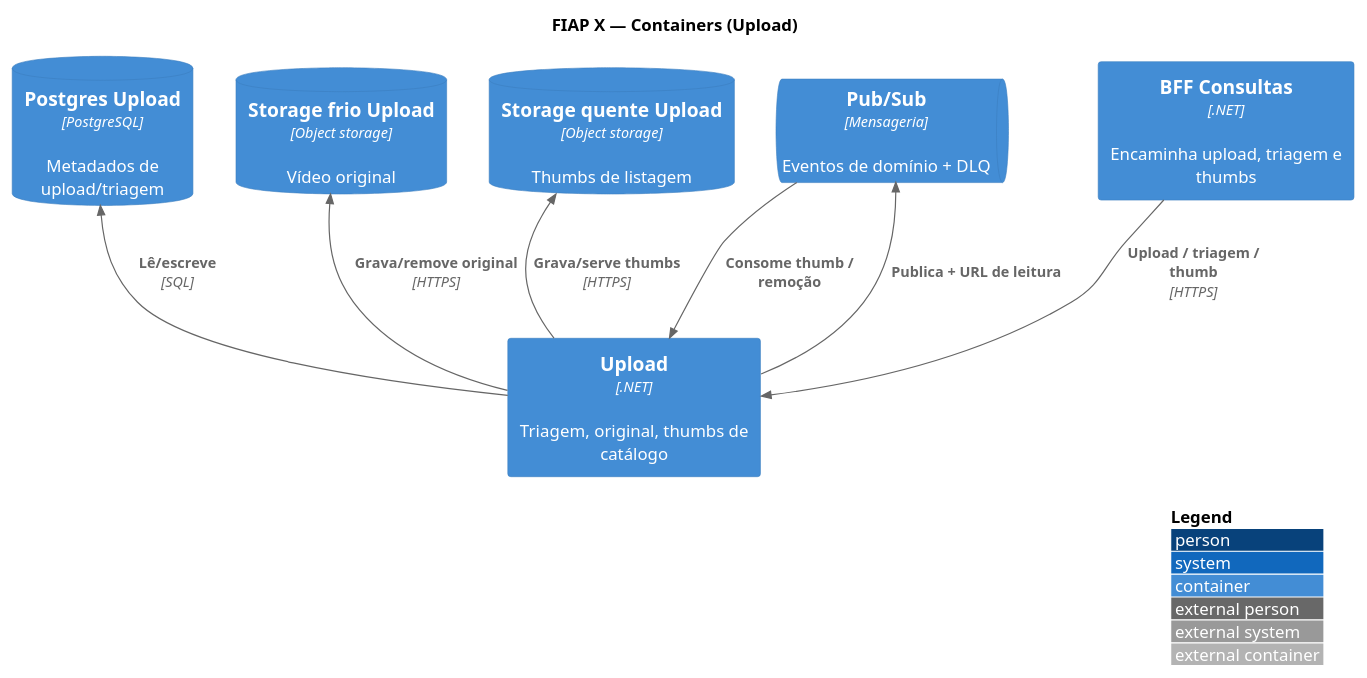
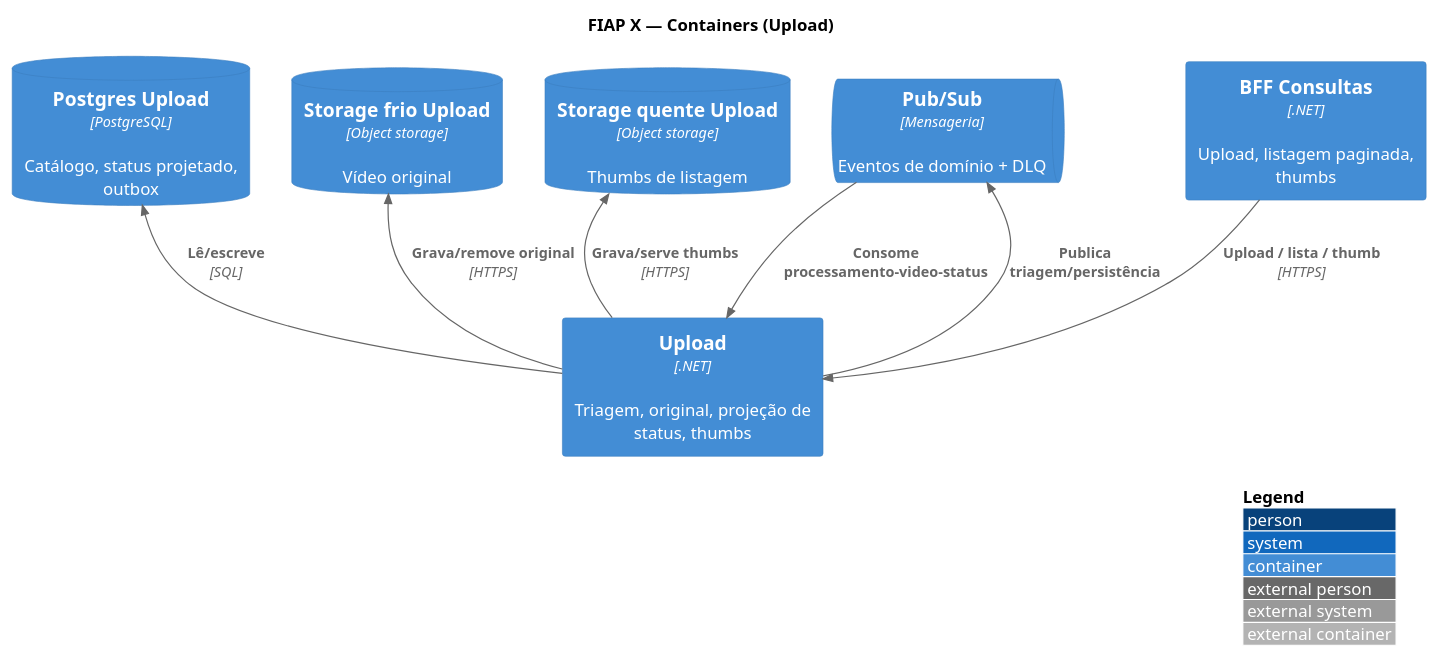
Before and after one commit to fiap-x-vcosta/docs: the diagram in arquitetura/03_containers-upload.puml, drawn with PlantUML. The commit also changed 26 other files, not shown here.

Commit message:
docs: status de processamento unificado; Upload como projeção da listagem

```diff
--- a/arquitetura/03_containers-upload.puml
+++ b/arquitetura/03_containers-upload.puml
@@ -1,29 +1,29 @@
 @startuml 03_containers-upload
 !include https://raw.githubusercontent.com/plantuml-stdlib/C4-PlantUML/master/C4_Container.puml
 
 LAYOUT_WITH_LEGEND()
 LAYOUT_TOP_DOWN()
 
 title FIAP X — Containers (Upload)
 
-Container(bff, "BFF Consultas", ".NET", "Encaminha upload, triagem e thumbs")
-Container(upload, "Upload", ".NET", "Triagem, original, thumbs de catálogo")
-ContainerDb(pgUpload, "Postgres Upload", "PostgreSQL", "Metadados de upload/triagem")
+Container(bff, "BFF Consultas", ".NET", "Upload, listagem paginada, thumbs")
+Container(upload, "Upload", ".NET", "Triagem, original, projeção de status, thumbs")
+ContainerDb(pgUpload, "Postgres Upload", "PostgreSQL", "Catálogo, status projetado, outbox")
 ContainerDb(frioUp, "Storage frio Upload", "Object storage", "Vídeo original")
 ContainerDb(quente, "Storage quente Upload", "Object storage", "Thumbs de listagem")
 ContainerQueue(pubsub, "Pub/Sub", "Mensageria", "Eventos de domínio + DLQ")
 
-Rel(bff, upload, "Upload / triagem / thumb", "HTTPS")
+Rel(bff, upload, "Upload / lista / thumb", "HTTPS")
 Rel(upload, pgUpload, "Lê/escreve", "SQL")
 Rel(upload, frioUp, "Grava/remove original", "HTTPS")
 Rel(upload, quente, "Grava/serve thumbs", "HTTPS")
-Rel(upload, pubsub, "Publica + URL de leitura")
-Rel(pubsub, upload, "Consome thumb / remoção")
+Rel(upload, pubsub, "Publica triagem/persistência")
+Rel(pubsub, upload, "Consome processamento-video-status")
 
 Lay_D(bff, upload)
 Lay_D(upload, pgUpload)
 Lay_R(pgUpload, frioUp)
 Lay_R(frioUp, quente)
 Lay_R(quente, pubsub)
 
 @enduml
```
